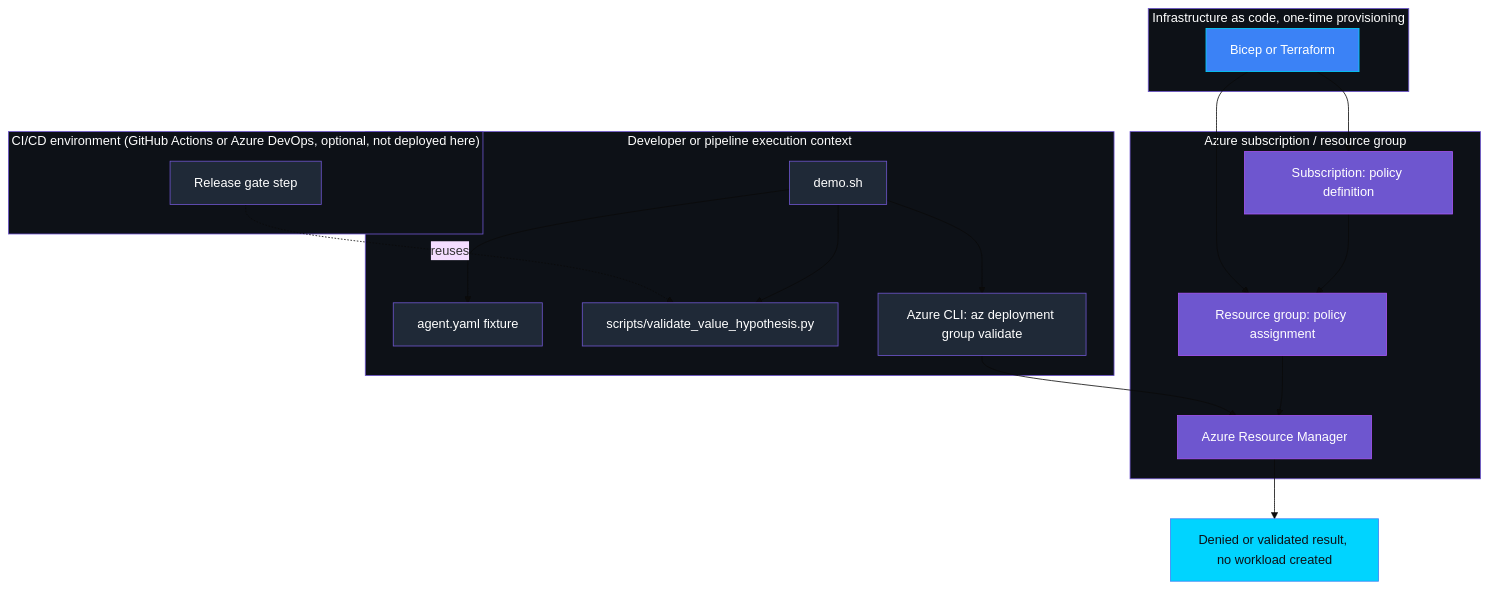
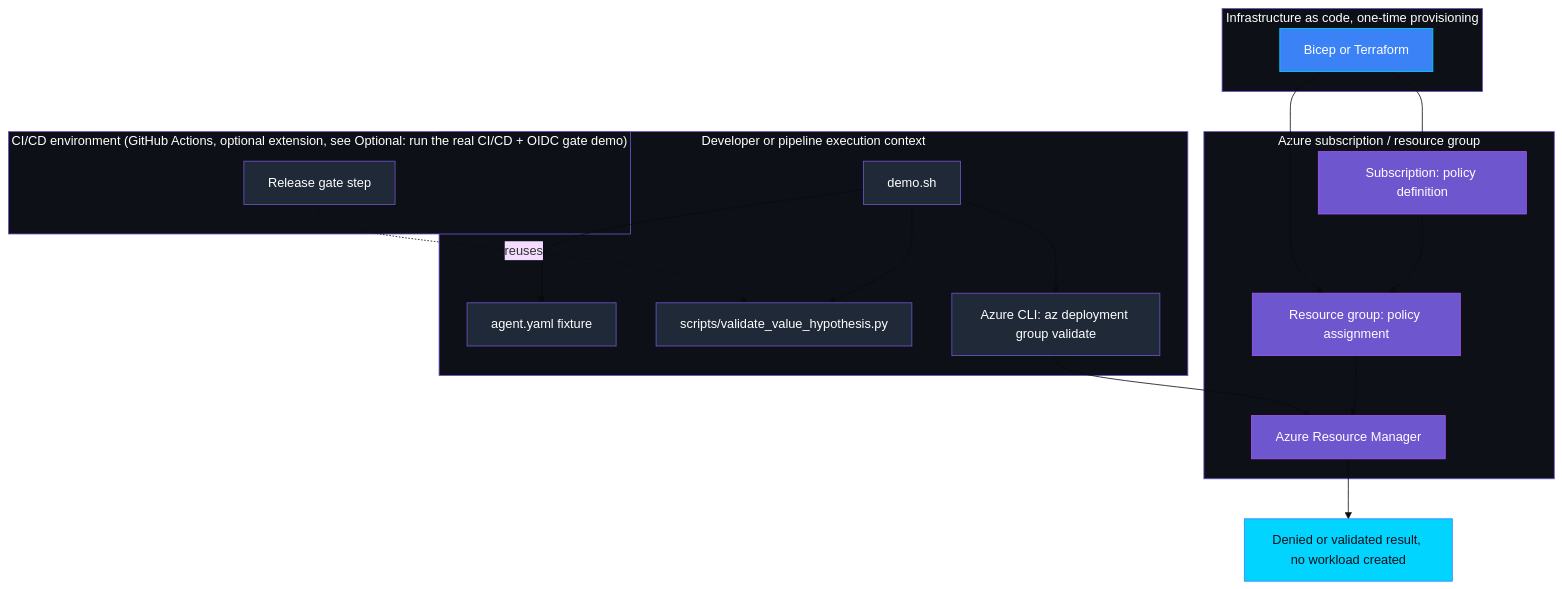
One commit to doruit/forged-with-foundry changed the third of 5 diagrams in controls/value_adoption_and_finops/VAL-PRE-001_value_hypothesis_missing/README.md. Above: the diagram before and after it, drawn with Mermaid (base theme). The commit also changed other lines of this file, not shown here.

First line of the commit message:
docs(val-pre-001): add GitHub Environment/OIDC diagram, fix stale CICD label

````diff
--- a/controls/value_adoption_and_finops/VAL-PRE-001_value_hypothesis_missing/README.md
+++ b/controls/value_adoption_and_finops/VAL-PRE-001_value_hypothesis_missing/README.md
@@ -212,47 +212,47 @@
 ```mermaid
 flowchart TB
-  subgraph CICD["CI/CD environment (GitHub Actions or Azure DevOps, optional, not deployed here)"]
+  subgraph CICD["CI/CD environment (GitHub Actions, optional extension, see Optional: run the real CI/CD + OIDC gate demo)"]
     GATE[Release gate step]
   end
 
   subgraph EXEC["Developer or pipeline execution context"]
     DEMO[demo.sh]
     YAML[agent.yaml fixture]
     VALIDATOR[scripts/validate_value_hypothesis.py]
     CLI["Azure CLI: az deployment group validate"]
   end
 
   subgraph IAC["Infrastructure as code, one-time provisioning"]
     BICEP[Bicep or Terraform]
   end
 
   subgraph AZ["Azure subscription / resource group"]
     POLICYDEF[Subscription: policy definition]
     POLICYASSIGN[Resource group: policy assignment]
     ARM[Azure Resource Manager]
   end
 
   GATE -. reuses .-> VALIDATOR
   DEMO --> YAML
   DEMO --> VALIDATOR
   DEMO --> CLI
   CLI --> ARM
   BICEP --> POLICYDEF
   BICEP --> POLICYASSIGN
   POLICYDEF --> POLICYASSIGN
   POLICYASSIGN --> ARM
   ARM --> RESULT[Denied or validated result, no workload created]
 
   classDef governance fill:#6E56CF,stroke:#A855F7,color:#FFFFFF
   classDef platform fill:#3B82F6,stroke:#00D4FF,color:#FFFFFF
   classDef evidence fill:#00D4FF,stroke:#3B82F6,color:#0D1117
   classDef neutral fill:#1F2937,stroke:#6E56CF,color:#FFFFFF
   class DEMO,YAML,VALIDATOR,CLI,GATE neutral
   class BICEP platform
   class POLICYDEF,POLICYASSIGN,ARM governance
   class RESULT evidence
   style CICD fill:#0D1117,stroke:#6E56CF,color:#FFFFFF
   style EXEC fill:#0D1117,stroke:#6E56CF,color:#FFFFFF
   style IAC fill:#0D1117,stroke:#6E56CF,color:#FFFFFF
   style AZ fill:#0D1117,stroke:#6E56CF,color:#FFFFFF
 ```
````
